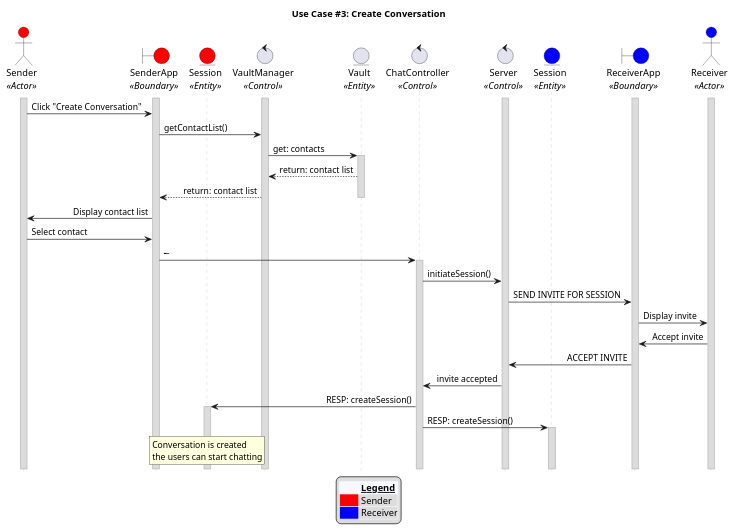
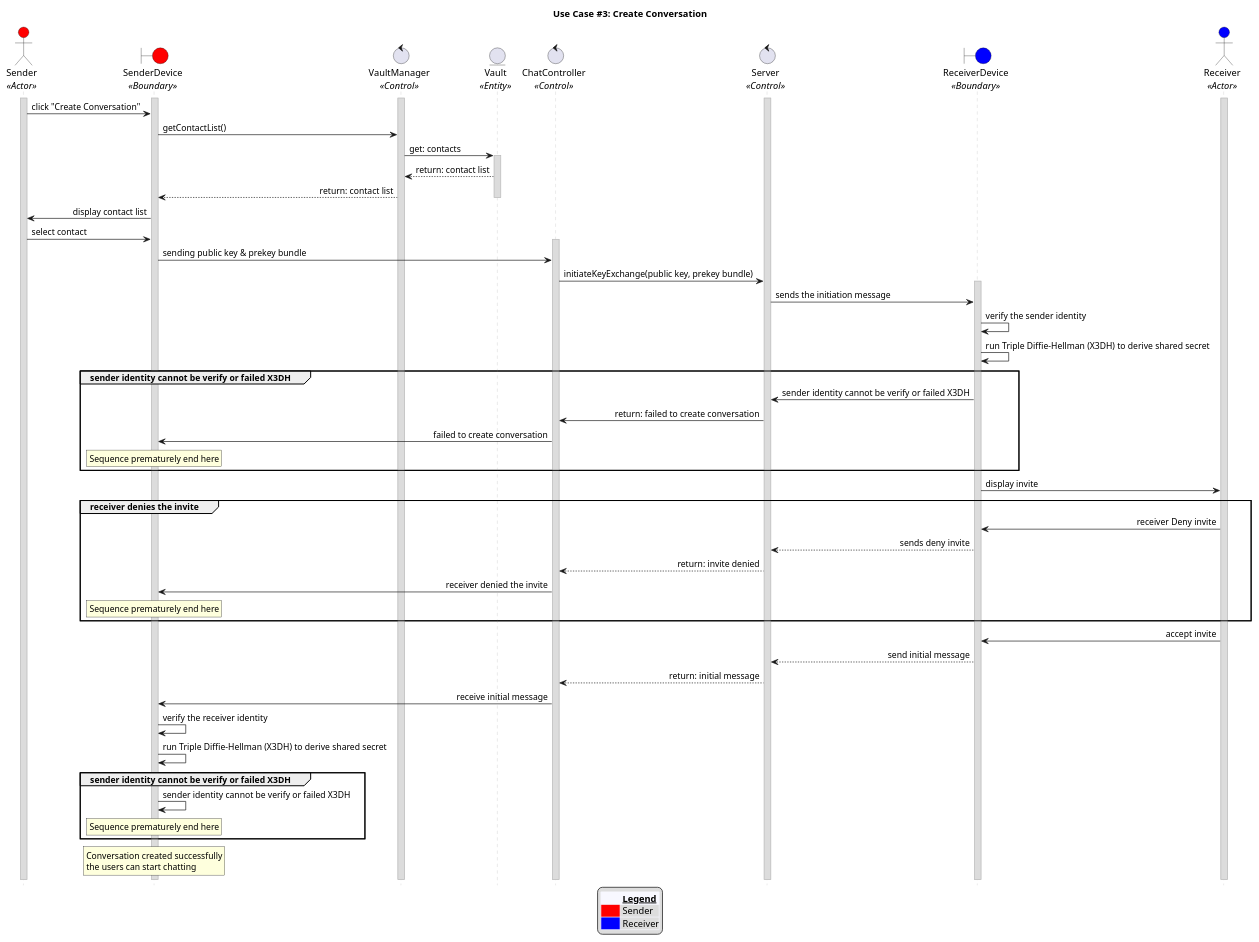
One commit to CECS-491-SP24-Group-1/seq-diagrams changed the diagram in uc_03.puml. Above: the diagram before and after it, drawn with PlantUML.

```diff
--- a/uc_03.puml
+++ b/uc_03.puml
@@ -1,75 +1,110 @@
 @startuml uc03
 title "Use Case #3: Create Conversation"
 
 'Styling goes here
 hide footbox
 skinparam stereotypePosition bottom
 skinparam sequenceMessageAlign direction
 skinparam sequence {
 	LifeLineBorderColor #Silver
 	LifeLineBackgroundColor #Gainsboro
 }
 
 'Setup the objects involved here
 actor Sender as s <<Actor>> #red
-boundary SenderApp as sa <<Boundary>> #red
-entity Session as ss <<Entity>> #red
+boundary SenderDevice as sd <<Boundary>> #red
 control VaultManager as vm <<Control>>
 entity Vault as v <<Entity>>
 control ChatController as cc <<Control>>
 control Server as srv <<Control>>
-entity Session as rs <<Entity>> #blue
-boundary ReceiverApp as ra <<Boundary>> #blue
+boundary ReceiverDevice as rd <<Boundary>> #blue
 actor Receiver as r <<Actor>> #blue
 
 
 'Setup persistent objects here
 activate s
 activate srv
 activate r
-activate sa
-activate ra
+activate sd
 activate vm
 
-'--- FLOW OF CONTROL ENDS HERE   ---
 '--- FLOW OF CONTROL STARTS HERE ---
-'Sender creates a conversation and ends the request to the receiver
-s -> sa: Click "Create Conversation"
-sa -> vm: getContactList()
+
+' Sender press creates conversation and select the user from the contact list
+s -> sd: click "Create Conversation"
+sd -> vm: getContactList()
 vm -> v: get: contacts
 activate v
 v --> vm: return: contact list
-vm --> sa: return: contact list
+vm --> sd: return: contact list
 deactivate v
 
-sa -> s: Display contact list
-s -> sa: Select contact
+sd -> s: display contact list
+s -> sd: select contact
+activate cc
 
-sa -> cc: ------
-activate cc
-cc -> srv: initiateSession()
-srv -> ra: SEND INVITE FOR SESSION
-ra -> r: Display invite
-r -> ra: Accept invite
-ra -> srv: ACCEPT INVITE
-srv -> cc: invite accepted
-cc -> ss: RESP: createSession()
-activate ss
-cc -> rs: RESP: createSession()
-activate rs
+' Sender device sends the public key and prekey bundle to the server
+sd -> cc: sending public key & prekey bundle
+cc -> srv: initiateKeyExchange(public key, prekey bundle)
 
+' Server sends the initiation message to the receiver device and receiver device verifies the sender identity
+activate rd
+srv -> rd: sends the initiation message
+rd -> rd: verify the sender identity
+rd -> rd: run Triple Diffie-Hellman (X3DH) to derive shared secret
 
+' Failed Case: Sender identity cannot be verify or failed X3DH
+group sender identity cannot be verify or failed X3DH
+	rd -> srv: sender identity cannot be verify or failed X3DH
+	srv -> cc: return: failed to create conversation
+	cc -> sd: failed to create conversation
+	rnote over sd
+	Sequence prematurely end here
+	end note
+end
 
-rnote over ss
-  Conversation is created
+' Default case: Sender identity verified and X3DH success
+rd -> r: display invite
+
+' Failed Case: Receiver denies the invite
+group receiver denies the invite
+	r -> rd: receiver Deny invite
+	rd --> srv: sends deny invite
+	srv --> cc: return: invite denied
+	cc -> sd: receiver denied the invite
+	rnote over sd
+	Sequence prematurely end here
+	end note
+end
+
+' Receiver accepts the invite
+r -> rd: accept invite
+rd --> srv: send initial message
+srv --> cc: return: initial message
+cc -> sd: receive initial message
+
+' Sender device receives the initial message and verify the receiver identity
+sd -> sd: verify the receiver identity
+sd -> sd: run Triple Diffie-Hellman (X3DH) to derive shared secret
+
+' Failed Case: Receiver identity cannot be verify or failed X3DH
+group sender identity cannot be verify or failed X3DH
+	sd -> sd: sender identity cannot be verify or failed X3DH
+	rnote over sd
+	Sequence prematurely end here
+	end note
+end
+
+rnote over sd
+  Conversation created successfully
   the users can start chatting
 end note
 
 legend bottom
 	<#GhostWhite,#GhostWhite>|	|= __Legend__ |
 	|<#red> | Sender|
 	|<#blue> | Receiver|
 endlegend
 
 '--- FLOW OF CONTROL ENDS HERE   ---
 @enduml
```
